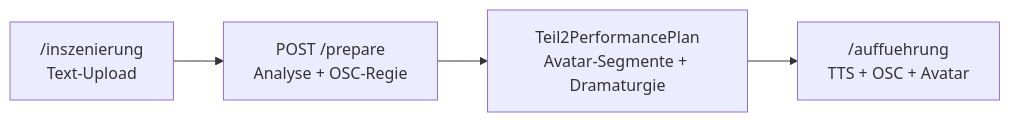
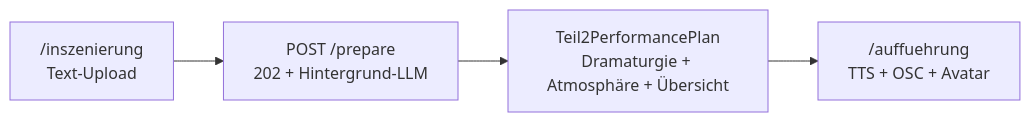
The diagram in docs/teil2_inszenierung.md (henniphilo/Theater-Maschine_Burgtheater), drawn with Mermaid before and after one commit. The commit also changed other lines of this file and 107 other files, not shown here.

````diff
--- a/docs/teil2_inszenierung.md
+++ b/docs/teil2_inszenierung.md
@@ -13,6 +13,6 @@
 ```mermaid
 flowchart LR
-  A["/inszenierung\nText-Upload"] --> B["POST /prepare\nAnalyse + OSC-Regie"]
-  B --> C["Teil2PerformancePlan\nAvatar-Segmente + Dramaturgie"]
+  A["/inszenierung\nText-Upload"] --> B["POST /prepare\n202 + Hintergrund-LLM"]
+  B --> C["Teil2PerformancePlan\nDramaturgie + Atmosphäre + Übersicht"]
   C --> D["/auffuehrung\nTTS + OSC + Avatar"]
 ```
````
